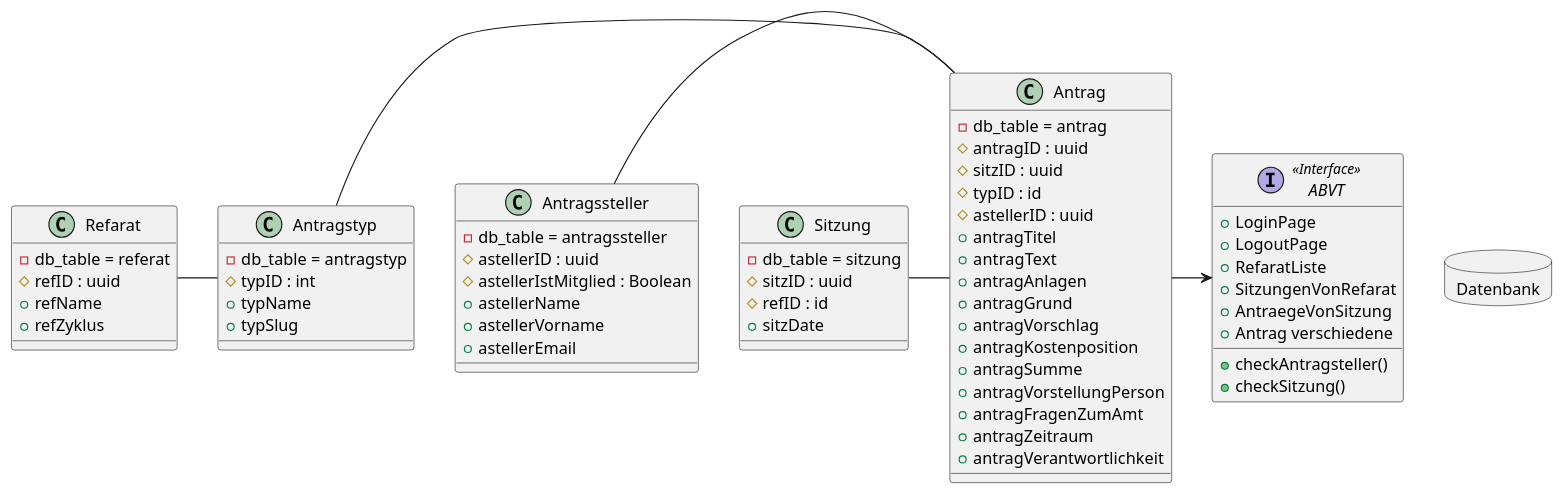
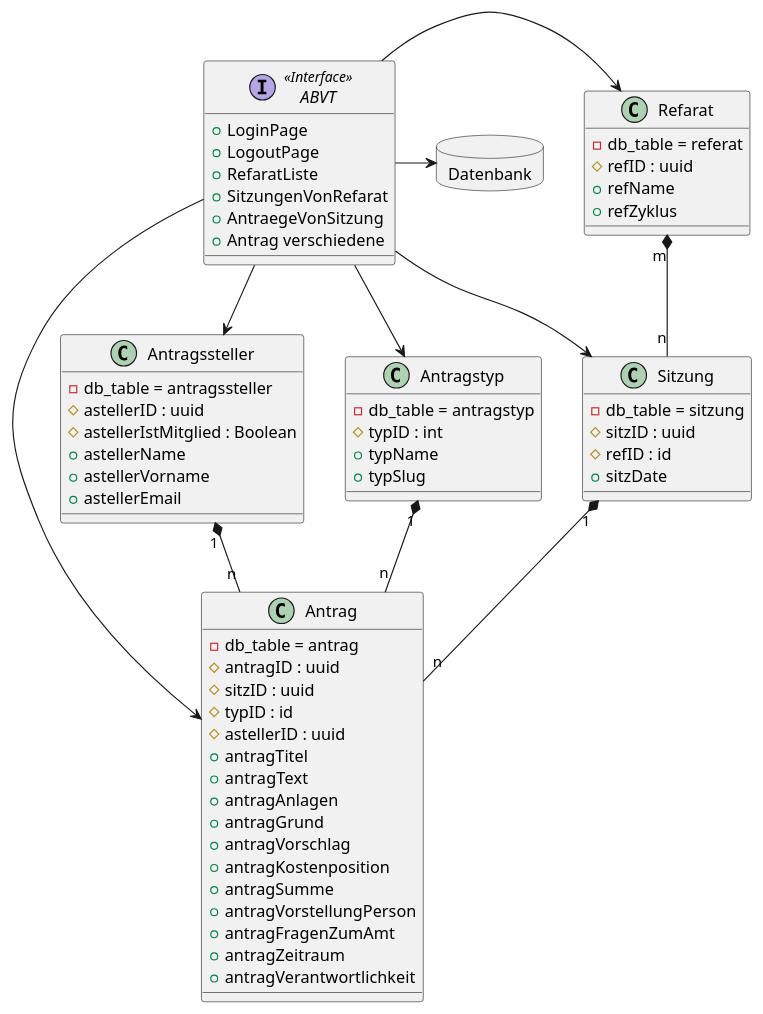
Before and after one commit to ABV-Tool/ABV_Tool: the first of 2 diagrams in docs_SE_II/Entwicklerdokumentation/Entwicklerdokumentation.adoc, drawn with PlantUML. The commit also changed other lines of this file and 4 other files, not shown here.

Commit message:
Klassendiagramm

```diff
--- a/docs_SE_II/Entwicklerdokumentation/Entwicklerdokumentation.adoc
+++ b/docs_SE_II/Entwicklerdokumentation/Entwicklerdokumentation.adoc
@@ -7,70 +8,74 @@
 [plantuml, "{diagramsdir}/klassendiagramm", svg]
 ....
 database Datenbank{
 
 }
 
 interface ABVT <<Interface>> {
   +LoginPage
   +LogoutPage
   +RefaratListe
   +SitzungenVonRefarat
   +AntraegeVonSitzung
   +Antrag verschiedene
-  +checkAntragsteller()
-  +checkSitzung()
 }
 
 class Refarat{
     -db_table = referat
     #refID : uuid
     +refName
     +refZyklus
 }
 class Sitzung{
     -db_table = sitzung
     #sitzID : uuid
     #refID : id
     +sitzDate
 }
 class Antragssteller{
     -db_table = antragssteller
     #astellerID : uuid
     #astellerIstMitglied : Boolean
     +astellerName
     +astellerVorname
     +astellerEmail
 }
 class Antragstyp{
     -db_table = antragstyp
     #typID : int
     +typName
     +typSlug
 }
 class Antrag{
     -db_table = antrag
     #antragID : uuid
     #sitzID : uuid
     #typID : id
     #astellerID : uuid
     +antragTitel
     +antragText
     +antragAnlagen
     +antragGrund
     +antragVorschlag
     +antragKostenposition
     +antragSumme
     +antragVorstellungPerson
     +antragFragenZumAmt
     +antragZeitraum
     +antragVerantwortlichkeit
 }
 
 
-Refarat - Antragstyp
-Antragstyp - Antrag
-Antragssteller - Antrag
-Sitzung - Antrag
-Antrag -> ABVT
+Refarat "m" *-- "n" Sitzung
+Antragstyp "1" *-- "n" Antrag
+Antragssteller "1" *-- "n" Antrag
+Sitzung "1" *-- "n" Antrag
+ABVT -> Antrag
+ABVT -> Sitzung
+ABVT -> Refarat
+ABVT -> Antragssteller
+ABVT -> Antragstyp
+ABVT -> Datenbank
+
 
 ....
```
